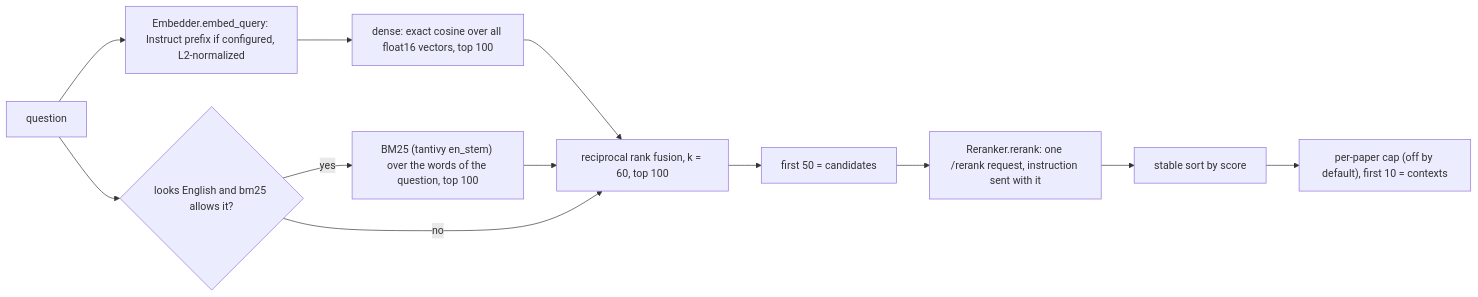
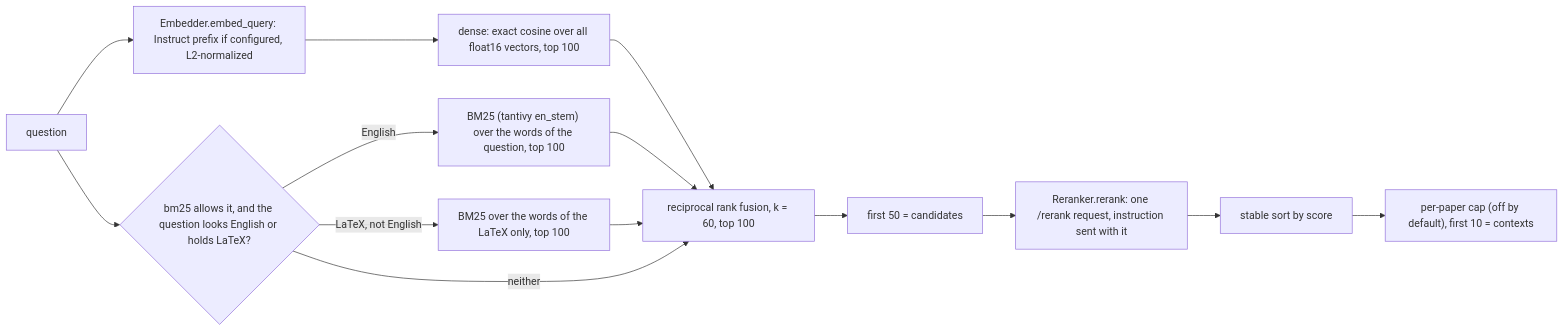
Before and after one commit to LaloAsetsu/research-engine: the diagram in packages/docingest-index/README.md, drawn with Mermaid. The commit also changed other lines of this file and 5 other files, not shown here.

````diff
--- a/packages/docingest-index/README.md
+++ b/packages/docingest-index/README.md
@@ -74,14 +74,16 @@
 ```mermaid
 flowchart LR
     Q["question"] --> E["Embedder.embed_query: Instruct prefix if configured, L2-normalized"]
     E --> D["dense: exact cosine over all float16 vectors, top 100"]
-    Q --> L{"looks English and bm25 allows it?"}
-    L -->|yes| B["BM25 (tantivy en_stem) over the words of the question, top 100"]
+    Q --> L{"bm25 allows it, and the question looks English or holds LaTeX?"}
+    L -->|English| B["BM25 (tantivy en_stem) over the words of the question, top 100"]
+    L -->|LaTeX, not English| X["BM25 over the words of the LaTeX only, top 100"]
     D --> F["reciprocal rank fusion, k = 60, top 100"]
     B --> F
-    L -->|no| F
+    X --> F
+    L -->|neither| F
     F --> C["first 50 = candidates"]
     C --> R["Reranker.rerank: one /rerank request, instruction sent with it"]
     R --> T["stable sort by score"]
     T --> P["per-paper cap (off by default), first 10 = contexts"]
 ```
````
